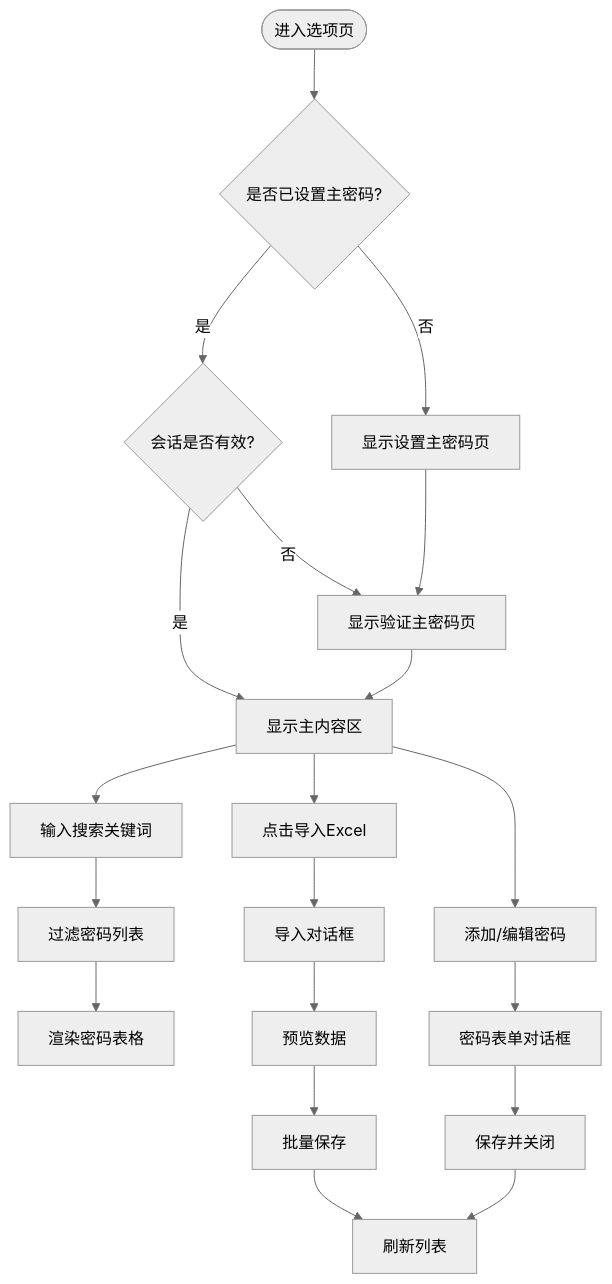
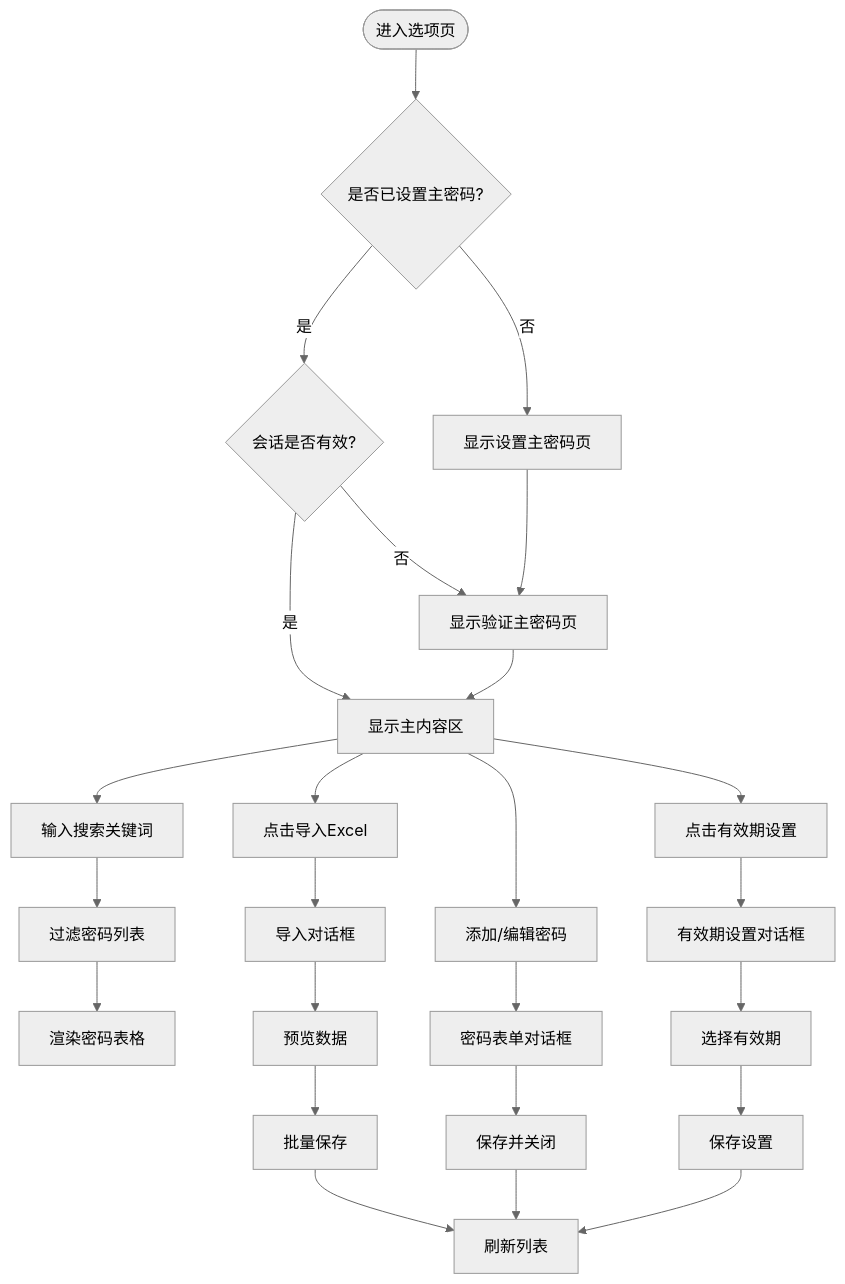
Before and after one commit to liaolongdong/account-password-helper: the third of 9 diagrams in .qoder/repowiki/zh/content/用户界面组件/用户界面组件.md, drawn with Mermaid (neutral theme). The commit also changed other lines of this file and 7 other files, not shown here.

````diff
--- a/.qoder/repowiki/zh/content/用户界面组件/用户界面组件.md
+++ b/.qoder/repowiki/zh/content/用户界面组件/用户界面组件.md
@@ -227,22 +269,27 @@
 ```mermaid
 flowchart TD
 Start(["进入选项页"]) --> CheckAuth{"是否已设置主密码?"}
 CheckAuth --> |否| Setup["显示设置主密码页"]
 CheckAuth --> |是| CheckSession{"会话是否有效?"}
 CheckSession --> |否| Verify["显示验证主密码页"]
 CheckSession --> |是| Main["显示主内容区"]
 Verify --> Main
 Main --> Search["输入搜索关键词"]
 Search --> Filter["过滤密码列表"]
 Filter --> List["渲染密码表格"]
 Main --> Import["点击导入Excel"]
 Import --> ImportDlg["导入对话框"]
 ImportDlg --> Preview["预览数据"]
 Preview --> Save["批量保存"]
 Save --> Refresh["刷新列表"]
 Main --> AddEdit["添加/编辑密码"]
 AddEdit --> FormDlg["密码表单对话框"]
 FormDlg --> SaveForm["保存并关闭"]
 SaveForm --> Refresh
+Main --> Validity["点击有效期设置"]
+Validity --> ValidityDlg["有效期设置对话框"]
+ValidityDlg --> SelectHours["选择有效期"]
+SelectHours --> SaveValidity["保存设置"]
+SaveValidity --> Refresh
 Setup --> Verify
 ```
````
